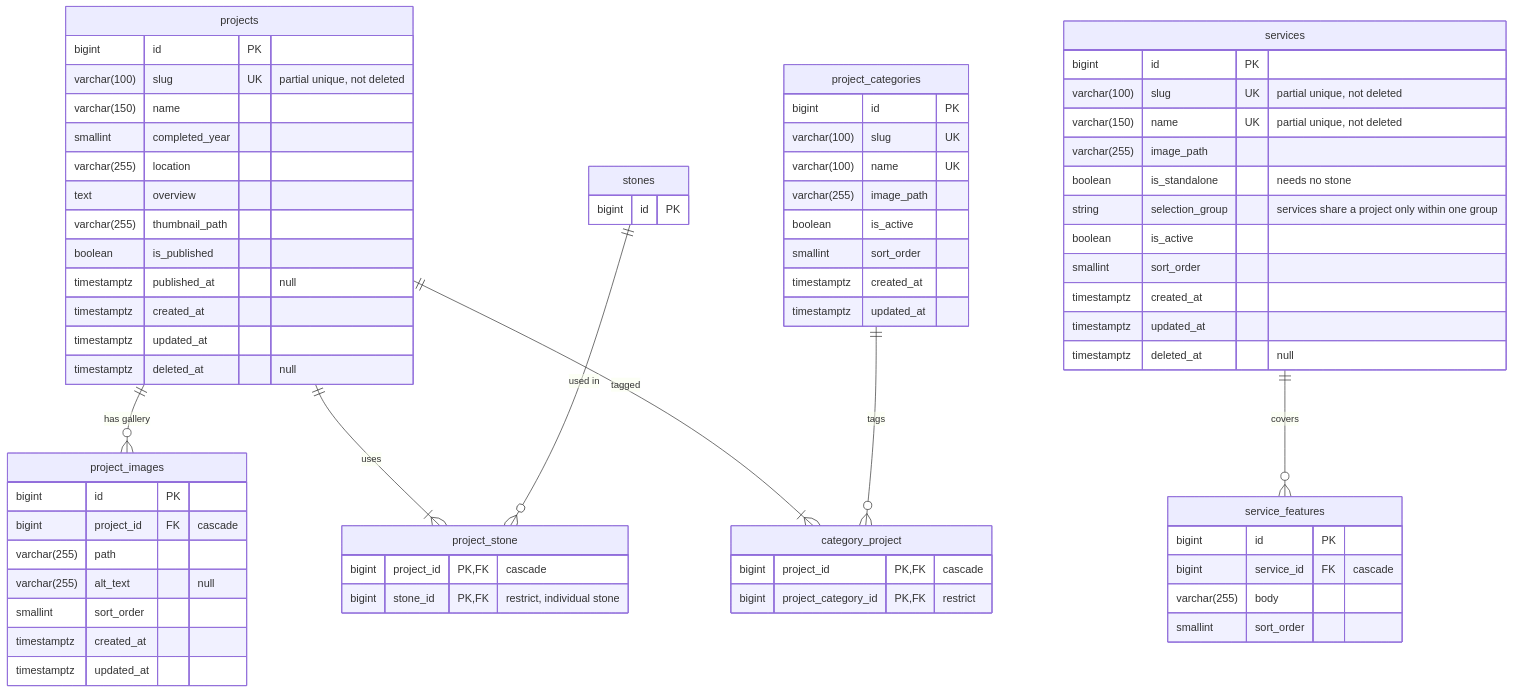
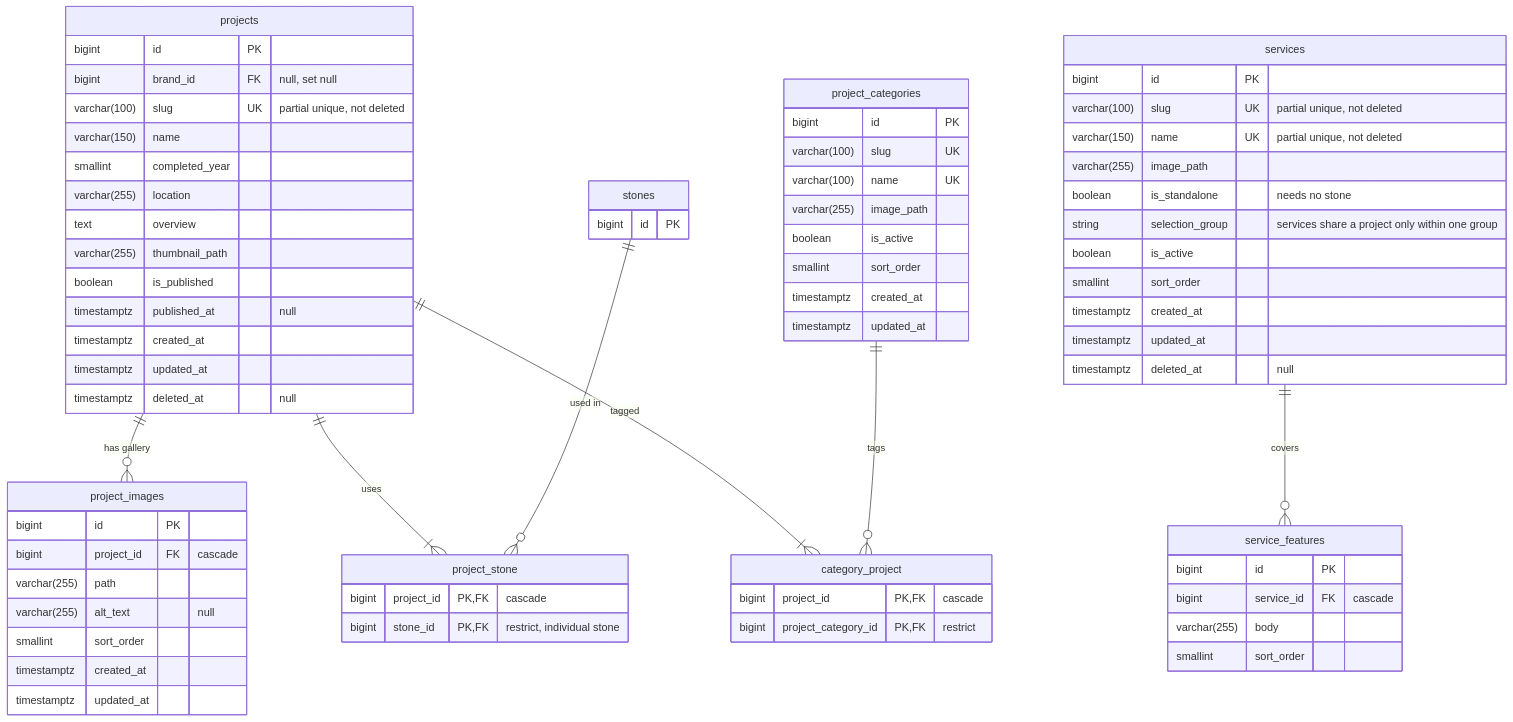
Before and after one commit to regraystone/regray: the third of 5 diagrams in docs/database/regray-erd.md, drawn with Mermaid. The commit also changed other lines of this file and 83 other files, not shown here.

````diff
--- a/docs/database/regray-erd.md
+++ b/docs/database/regray-erd.md
@@ -267,73 +306,74 @@
 ```mermaid
 erDiagram
     projects {
         bigint id PK
+        bigint brand_id FK "null, set null"
         varchar(100) slug UK "partial unique, not deleted"
         varchar(150) name
         smallint completed_year
         varchar(255) location
         text overview
         varchar(255) thumbnail_path
         boolean is_published
         timestamptz published_at "null"
         timestamptz created_at
         timestamptz updated_at
         timestamptz deleted_at "null"
     }
     project_images {
         bigint id PK
         bigint project_id FK "cascade"
         varchar(255) path
         varchar(255) alt_text "null"
         smallint sort_order
         timestamptz created_at
         timestamptz updated_at
     }
     project_stone {
         bigint project_id PK, FK "cascade"
         bigint stone_id PK, FK "restrict, individual stone"
     }
     project_categories {
         bigint id PK
         varchar(100) slug UK
         varchar(100) name UK
         varchar(255) image_path
         boolean is_active
         smallint sort_order
         timestamptz created_at
         timestamptz updated_at
     }
     category_project {
         bigint project_id PK, FK "cascade"
         bigint project_category_id PK, FK "restrict"
     }
     services {
         bigint id PK
         varchar(100) slug UK "partial unique, not deleted"
         varchar(150) name UK "partial unique, not deleted"
         varchar(255) image_path
         boolean is_standalone "needs no stone"
         string selection_group "services share a project only within one group"
         boolean is_active
         smallint sort_order
         timestamptz created_at
         timestamptz updated_at
         timestamptz deleted_at "null"
     }
     service_features {
         bigint id PK
         bigint service_id FK "cascade"
         varchar(255) body
         smallint sort_order
     }
     stones {
         bigint id PK
     }
 
     projects ||--o{ project_images : "has gallery"
     projects ||--|{ project_stone : "uses"
     stones ||--o{ project_stone : "used in"
     projects ||--|{ category_project : "tagged"
     project_categories ||--o{ category_project : "tags"
     services ||--o{ service_features : "covers"
 ```
````
